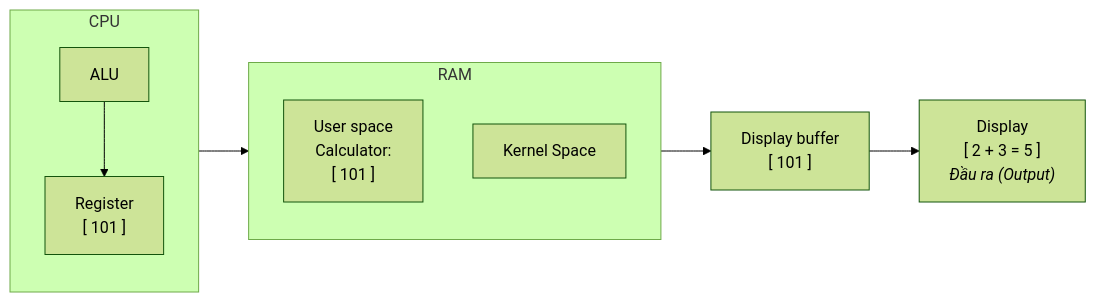
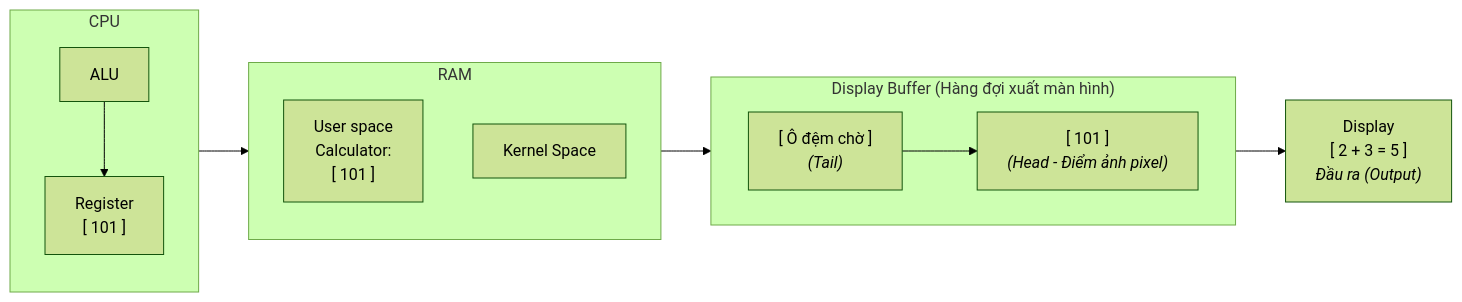
Before and after one commit to Duc-Lee/LLMserving_GPUoptimization: the seventh of 10 diagrams in OperatingSystem/OS_scratch/Concepts_OS/Intro_OS/Lession4.md, drawn with Mermaid (forest theme). The commit also changed other lines of this file and 1 other file, not shown here.

````diff
--- a/OperatingSystem/OS_scratch/Concepts_OS/Intro_OS/Lession4.md
+++ b/OperatingSystem/OS_scratch/Concepts_OS/Intro_OS/Lession4.md
@@ -146,20 +159,25 @@
 ```mermaid
 flowchart LR
     subgraph CPU ["CPU"]
         direction TB
         ALU["ALU"]
         REG["Register<br/>[ 101 ]"]
         ALU --> REG
     end
 
     REG --> US
 
     subgraph RAM ["RAM"]
         direction TB
         KS["Kernel Space"]
         US["User space<br/>Calculator:<br/>[ 101 ]"]
     end
 
-    US --> DISP_BUF["Display buffer<br/>[ 101 ]"]
-    DISP_BUF --> OUT_DISP["Display<br/>[ 2 + 3 = 5 ]<br/><i>Đầu ra (Output)</i>"]
+    subgraph DISP_BUF ["Display Buffer (Hàng đợi xuất màn hình)"]
+        direction LR
+        DB_IN["[ Ô đệm chờ ]<br/><i>(Tail)</i>"] --> DB_OUT["[ 101 ]<br/><i>(Head - Điểm ảnh pixel)</i>"]
+    end
+
+    US --> DB_IN
+    DB_OUT --> OUT_DISP["Display<br/>[ 2 + 3 = 5 ]<br/><i>Đầu ra (Output)</i>"]
 ```
````
